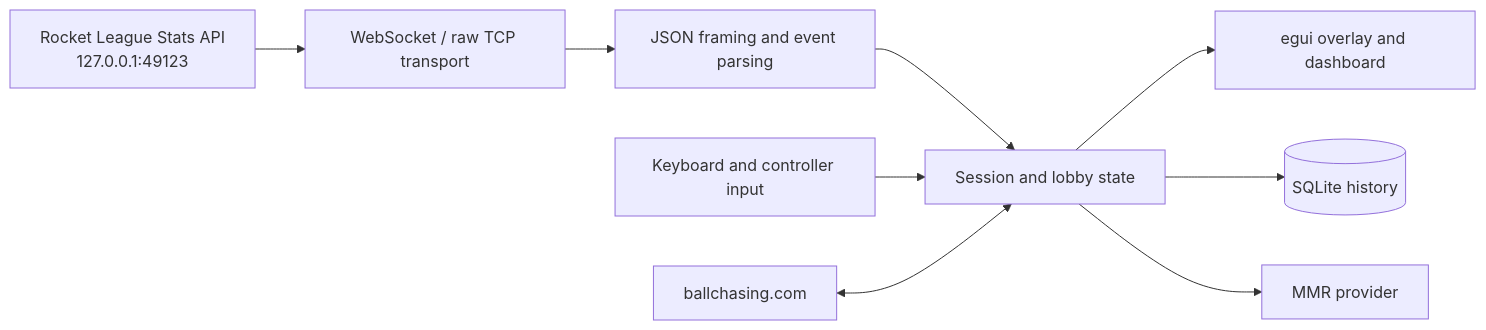
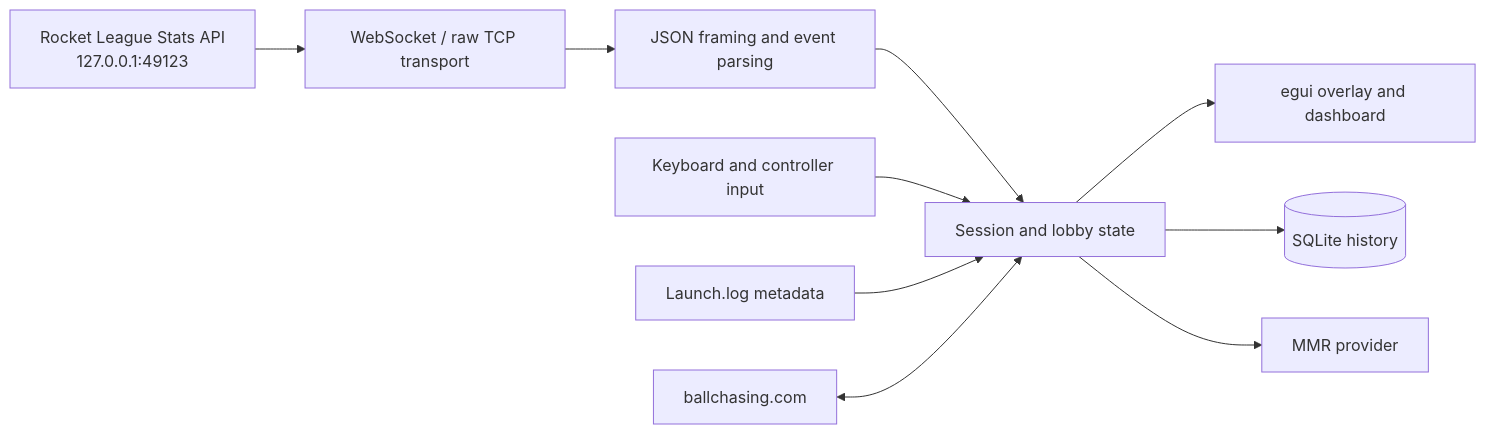
One commit to Lucashamburguru/RL-Platform-Overlay changed the diagram in docs/architecture.md. Above: the diagram before and after it, drawn with Mermaid. The commit also changed other lines of this file and 21 other files, not shown here.

````diff
--- a/docs/architecture.md
+++ b/docs/architecture.md
@@ -11,19 +13,21 @@
 ```mermaid
 flowchart LR
     RL[Rocket League Stats API<br/>127.0.0.1:49123]
     Transport[WebSocket / raw TCP transport]
     Parser[JSON framing and event parsing]
     Session[Session and lobby state]
     UI[egui overlay and dashboard]
     History[(SQLite history)]
     MMR[MMR provider]
     Ballchasing[ballchasing.com]
     Input[Keyboard and controller input]
+    GameLog[Launch.log metadata]
 
     RL --> Transport --> Parser --> Session
     Session --> UI
     Session --> History
     Session --> MMR
     Input --> Session
+    GameLog --> Session
     Ballchasing <--> Session
 ```
````
